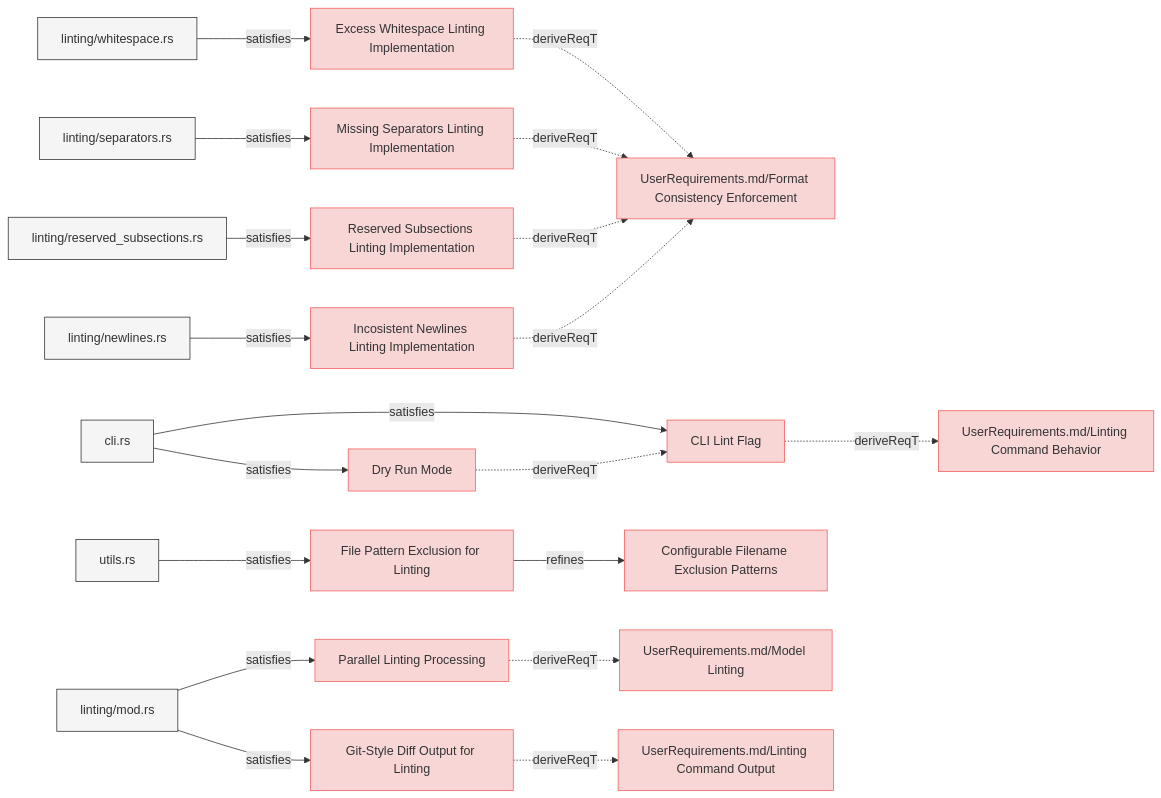
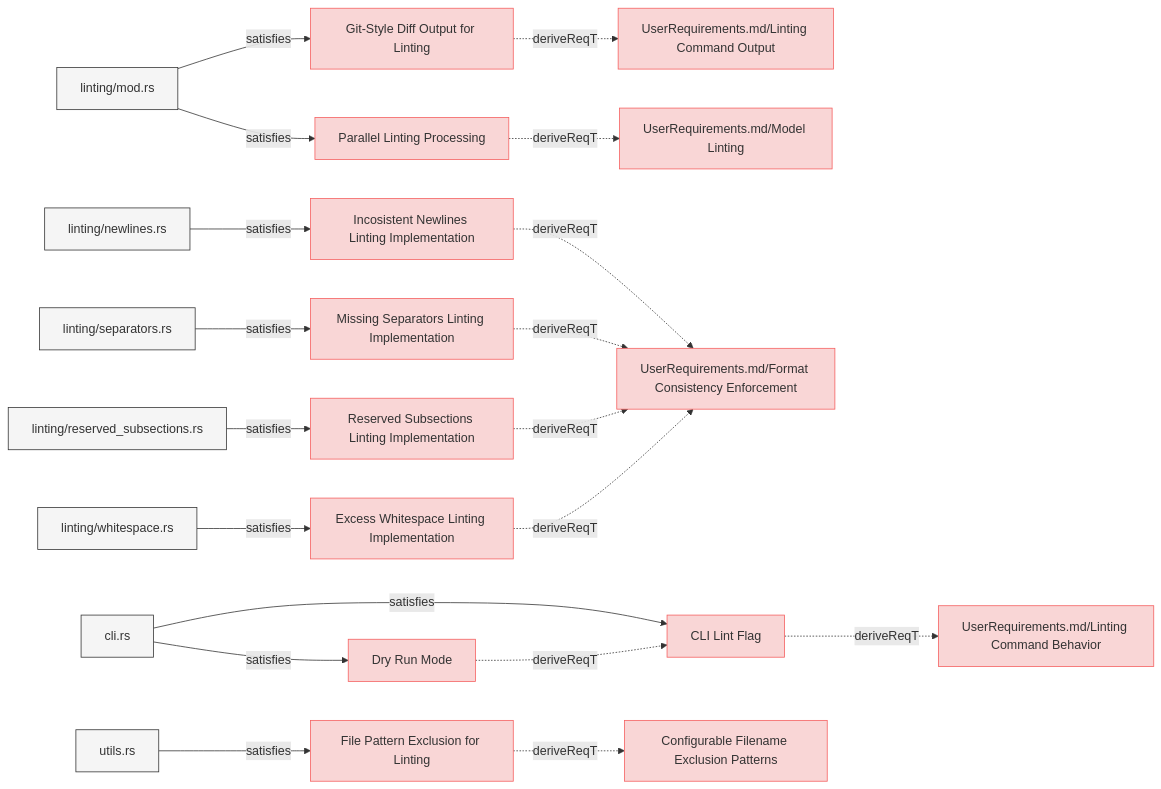
Before and after one commit to reqvire-org/reqvire: the first of 8 diagrams in specifications/SystemRequirements/Requirements.md, drawn with Mermaid. The commit also changed other lines of this file and 20 other files, not shown here.

````diff
--- a/specifications/SystemRequirements/Requirements.md
+++ b/specifications/SystemRequirements/Requirements.md
@@ -9,85 +9,85 @@
   classDef externalLink fill:#d0e0ff,stroke:#3080ff,stroke-width:1px;
   classDef default fill:#f5f5f5,stroke:#333333,stroke-width:1px;
 
-  ab8dfb01e717d34["Excess Whitespace Linting Implementation"];
-  click ab8dfb01e717d34 "https://github.com/Reqvire/reqvire/blob/30536324899084e88969175e3613c971ffa6e108/specifications/SystemRequirements/Requirements.md#excess-whitespace-linting-implementation";
-  class ab8dfb01e717d34 requirement;
+  7c2ad2603d27c318["Git-Style Diff Output for Linting"];
+  click 7c2ad2603d27c318 "https://github.com/Reqvire/reqvire/blob/667635d4628fed400323f7df3689af2dbc2ad666/specifications/SystemRequirements/Requirements.md#git-style-diff-output-for-linting";
+  class 7c2ad2603d27c318 requirement;
+  62c066a5aad4dafe["UserRequirements.md/Linting Command Output"];
+  class 62c066a5aad4dafe requirement;
+  click 62c066a5aad4dafe "https://github.com/Reqvire/reqvire/blob/667635d4628fed400323f7df3689af2dbc2ad666/specifications/UserRequirements.md#linting-command-output";
+  7c2ad2603d27c318 -.->|deriveReqT| 62c066a5aad4dafe;
+  3e39cdcf485c5250["linting/mod.rs"];
+  class 3e39cdcf485c5250 default;
+  click 3e39cdcf485c5250 "https://github.com/Reqvire/reqvire/blob/667635d4628fed400323f7df3689af2dbc2ad666/core/src/linting/mod.rs";
+  3e39cdcf485c5250 -->|satisfies| 7c2ad2603d27c318;
+  c87ad8ce58149089["Parallel Linting Processing"];
+  click c87ad8ce58149089 "https://github.com/Reqvire/reqvire/blob/667635d4628fed400323f7df3689af2dbc2ad666/specifications/SystemRequirements/Requirements.md#parallel-linting-processing";
+  class c87ad8ce58149089 requirement;
+  84c4dc11e82e8638["UserRequirements.md/Model Linting"];
+  class 84c4dc11e82e8638 requirement;
+  click 84c4dc11e82e8638 "https://github.com/Reqvire/reqvire/blob/667635d4628fed400323f7df3689af2dbc2ad666/specifications/UserRequirements.md#model-linting";
+  c87ad8ce58149089 -.->|deriveReqT| 84c4dc11e82e8638;
+  3e39cdcf485c5250 -->|satisfies| c87ad8ce58149089;
+  e42a0715e74ccd66["Incosistent Newlines Linting Implementation"];
+  click e42a0715e74ccd66 "https://github.com/Reqvire/reqvire/blob/667635d4628fed400323f7df3689af2dbc2ad666/specifications/SystemRequirements/Requirements.md#incosistent-newlines-linting-implementation";
+  class e42a0715e74ccd66 requirement;
   1ddbeea0cf8eaad5["UserRequirements.md/Format Consistency Enforcement"];
   class 1ddbeea0cf8eaad5 requirement;
-  click 1ddbeea0cf8eaad5 "https://github.com/Reqvire/reqvire/blob/30536324899084e88969175e3613c971ffa6e108/specifications/UserRequirements.md#format-consistency-enforcement";
-  ab8dfb01e717d34 -.->|deriveReqT| 1ddbeea0cf8eaad5;
-  fd5178bf78bae55c["linting/whitespace.rs"];
-  class fd5178bf78bae55c default;
-  click fd5178bf78bae55c "https://github.com/Reqvire/reqvire/blob/30536324899084e88969175e3613c971ffa6e108/core/src/linting/whitespace.rs";
-  fd5178bf78bae55c -->|satisfies| ab8dfb01e717d34;
+  click 1ddbeea0cf8eaad5 "https://github.com/Reqvire/reqvire/blob/667635d4628fed400323f7df3689af2dbc2ad666/specifications/UserRequirements.md#format-consistency-enforcement";
+  e42a0715e74ccd66 -.->|deriveReqT| 1ddbeea0cf8eaad5;
+  411d20097517505a["linting/newlines.rs"];
+  class 411d20097517505a default;
+  click 411d20097517505a "https://github.com/Reqvire/reqvire/blob/667635d4628fed400323f7df3689af2dbc2ad666/core/src/linting/newlines.rs";
+  411d20097517505a -->|satisfies| e42a0715e74ccd66;
+  3f235c1000d5347f["CLI Lint Flag"];
+  click 3f235c1000d5347f "https://github.com/Reqvire/reqvire/blob/667635d4628fed400323f7df3689af2dbc2ad666/specifications/SystemRequirements/Requirements.md#cli-lint-flag";
+  class 3f235c1000d5347f requirement;
+  28b0f9fa78937e61["UserRequirements.md/Linting Command Behavior"];
+  class 28b0f9fa78937e61 requirement;
+  click 28b0f9fa78937e61 "https://github.com/Reqvire/reqvire/blob/667635d4628fed400323f7df3689af2dbc2ad666/specifications/UserRequirements.md#linting-command";
+  3f235c1000d5347f -.->|deriveReqT| 28b0f9fa78937e61;
+  2f21d2133dbfd205["cli.rs"];
+  class 2f21d2133dbfd205 default;
+  click 2f21d2133dbfd205 "https://github.com/Reqvire/reqvire/blob/667635d4628fed400323f7df3689af2dbc2ad666/cli/src/cli.rs";
+  2f21d2133dbfd205 -->|satisfies| 3f235c1000d5347f;
+  48e8a0b4b18111c4["File Pattern Exclusion for Linting"];
+  click 48e8a0b4b18111c4 "https://github.com/Reqvire/reqvire/blob/667635d4628fed400323f7df3689af2dbc2ad666/specifications/SystemRequirements/Requirements.md#file-pattern-exclusion-for-linting";
+  class 48e8a0b4b18111c4 requirement;
+  4bf74699f40f4a76["Configurable Filename Exclusion Patterns"];
+  class 4bf74699f40f4a76 requirement;
+  click 4bf74699f40f4a76 "https://github.com/Reqvire/reqvire/blob/667635d4628fed400323f7df3689af2dbc2ad666/specifications/SystemRequirements/Requirements.md#configurable-filename-exclusion-patterns";
+  48e8a0b4b18111c4 -.->|deriveReqT| 4bf74699f40f4a76;
+  85989fd7bb727157["utils.rs"];
+  class 85989fd7bb727157 default;
+  click 85989fd7bb727157 "https://github.com/Reqvire/reqvire/blob/667635d4628fed400323f7df3689af2dbc2ad666/core/src/utils.rs";
+  85989fd7bb727157 -->|satisfies| 48e8a0b4b18111c4;
   f540b21f7eced636["Missing Separators Linting Implementation"];
-  click f540b21f7eced636 "https://github.com/Reqvire/reqvire/blob/30536324899084e88969175e3613c971ffa6e108/specifications/SystemRequirements/Requirements.md#missing-separators-linting-implementation";
+  click f540b21f7eced636 "https://github.com/Reqvire/reqvire/blob/667635d4628fed400323f7df3689af2dbc2ad666/specifications/SystemRequirements/Requirements.md#missing-separators-linting-implementation";
   class f540b21f7eced636 requirement;
   f540b21f7eced636 -.->|deriveReqT| 1ddbeea0cf8eaad5;
   45e2af09e602182a["linting/separators.rs"];
   class 45e2af09e602182a default;
-  click 45e2af09e602182a "https://github.com/Reqvire/reqvire/blob/30536324899084e88969175e3613c971ffa6e108/core/src/linting/separators.rs";
+  click 45e2af09e602182a "https://github.com/Reqvire/reqvire/blob/667635d4628fed400323f7df3689af2dbc2ad666/core/src/linting/separators.rs";
   45e2af09e602182a -->|satisfies| f540b21f7eced636;
   56174a2a92eb637["Reserved Subsections Linting Implementation"];
-  click 56174a2a92eb637 "https://github.com/Reqvire/reqvire/blob/30536324899084e88969175e3613c971ffa6e108/specifications/SystemRequirements/Requirements.md#reserved-subsections-linting-implementation";
+  click 56174a2a92eb637 "https://github.com/Reqvire/reqvire/blob/667635d4628fed400323f7df3689af2dbc2ad666/specifications/SystemRequirements/Requirements.md#reserved-subsections-linting-implementation";
   class 56174a2a92eb637 requirement;
   56174a2a92eb637 -.->|deriveReqT| 1ddbeea0cf8eaad5;
   8c7c2481d50c628c["linting/reserved_subsections.rs"];
   class 8c7c2481d50c628c default;
-  click 8c7c2481d50c628c "https://github.com/Reqvire/reqvire/blob/30536324899084e88969175e3613c971ffa6e108/core/src/linting/indentation.rs";
+  click 8c7c2481d50c628c "https://github.com/Reqvire/reqvire/blob/667635d4628fed400323f7df3689af2dbc2ad666/core/src/linting/indentation.rs";
   8c7c2481d50c628c -->|satisfies| 56174a2a92eb637;
-  3f235c1000d5347f["CLI Lint Flag"];
-  click 3f235c1000d5347f "https://github.com/Reqvire/reqvire/blob/30536324899084e88969175e3613c971ffa6e108/specifications/SystemRequirements/Requirements.md#cli-lint-flag";
-  class 3f235c1000d5347f requirement;
-  28b0f9fa78937e61["UserRequirements.md/Linting Command Behavior"];
-  class 28b0f9fa78937e61 requirement;
-  click 28b0f9fa78937e61 "https://github.com/Reqvire/reqvire/blob/30536324899084e88969175e3613c971ffa6e108/specifications/UserRequirements.md#linting-command";
-  3f235c1000d5347f -.->|deriveReqT| 28b0f9fa78937e61;
-  2f21d2133dbfd205["cli.rs"];
-  class 2f21d2133dbfd205 default;
-  click 2f21d2133dbfd205 "https://github.com/Reqvire/reqvire/blob/30536324899084e88969175e3613c971ffa6e108/cli/src/cli.rs";
-  2f21d2133dbfd205 -->|satisfies| 3f235c1000d5347f;
-  48e8a0b4b18111c4["File Pattern Exclusion for Linting"];
-  click 48e8a0b4b18111c4 "https://github.com/Reqvire/reqvire/blob/30536324899084e88969175e3613c971ffa6e108/specifications/SystemRequirements/Requirements.md#file-pattern-exclusion-for-linting";
-  class 48e8a0b4b18111c4 requirement;
-  4bf74699f40f4a76["Configurable Filename Exclusion Patterns"];
-  class 4bf74699f40f4a76 requirement;
-  click 4bf74699f40f4a76 "https://github.com/Reqvire/reqvire/blob/30536324899084e88969175e3613c971ffa6e108/specifications/SystemRequirements/Requirements.md#configurable-filename-exclusion-patterns";
-  48e8a0b4b18111c4 -->|refines| 4bf74699f40f4a76;
-  85989fd7bb727157["utils.rs"];
-  class 85989fd7bb727157 default;
-  click 85989fd7bb727157 "https://github.com/Reqvire/reqvire/blob/30536324899084e88969175e3613c971ffa6e108/core/src/utils.rs";
-  85989fd7bb727157 -->|satisfies| 48e8a0b4b18111c4;
-  e42a0715e74ccd66["Incosistent Newlines Linting Implementation"];
-  click e42a0715e74ccd66 "https://github.com/Reqvire/reqvire/blob/30536324899084e88969175e3613c971ffa6e108/specifications/SystemRequirements/Requirements.md#incosistent-newlines-linting-implementation";
-  class e42a0715e74ccd66 requirement;
-  e42a0715e74ccd66 -.->|deriveReqT| 1ddbeea0cf8eaad5;
-  411d20097517505a["linting/newlines.rs"];
-  class 411d20097517505a default;
-  click 411d20097517505a "https://github.com/Reqvire/reqvire/blob/30536324899084e88969175e3613c971ffa6e108/core/src/linting/newlines.rs";
-  411d20097517505a -->|satisfies| e42a0715e74ccd66;
   d21b16b30de7350d["Dry Run Mode"];
-  click d21b16b30de7350d "https://github.com/Reqvire/reqvire/blob/30536324899084e88969175e3613c971ffa6e108/specifications/SystemRequirements/Requirements.md#dry-run-mode";
+  click d21b16b30de7350d "https://github.com/Reqvire/reqvire/blob/667635d4628fed400323f7df3689af2dbc2ad666/specifications/SystemRequirements/Requirements.md#dry-run-mode";
   class d21b16b30de7350d requirement;
   d21b16b30de7350d -.->|deriveReqT| 3f235c1000d5347f;
   2f21d2133dbfd205 -->|satisfies| d21b16b30de7350d;
-  c87ad8ce58149089["Parallel Linting Processing"];
-  click c87ad8ce58149089 "https://github.com/Reqvire/reqvire/blob/30536324899084e88969175e3613c971ffa6e108/specifications/SystemRequirements/Requirements.md#parallel-linting-processing";
-  class c87ad8ce58149089 requirement;
-  84c4dc11e82e8638["UserRequirements.md/Model Linting"];
-  class 84c4dc11e82e8638 requirement;
-  click 84c4dc11e82e8638 "https://github.com/Reqvire/reqvire/blob/30536324899084e88969175e3613c971ffa6e108/specifications/UserRequirements.md#model-linting";
-  c87ad8ce58149089 -.->|deriveReqT| 84c4dc11e82e8638;
-  3e39cdcf485c5250["linting/mod.rs"];
-  class 3e39cdcf485c5250 default;
-  click 3e39cdcf485c5250 "https://github.com/Reqvire/reqvire/blob/30536324899084e88969175e3613c971ffa6e108/core/src/linting/mod.rs";
-  3e39cdcf485c5250 -->|satisfies| c87ad8ce58149089;
-  7c2ad2603d27c318["Git-Style Diff Output for Linting"];
-  click 7c2ad2603d27c318 "https://github.com/Reqvire/reqvire/blob/30536324899084e88969175e3613c971ffa6e108/specifications/SystemRequirements/Requirements.md#git-style-diff-output-for-linting";
-  class 7c2ad2603d27c318 requirement;
-  62c066a5aad4dafe["UserRequirements.md/Linting Command Output"];
-  class 62c066a5aad4dafe requirement;
-  click 62c066a5aad4dafe "https://github.com/Reqvire/reqvire/blob/30536324899084e88969175e3613c971ffa6e108/specifications/UserRequirements.md#linting-command-output";
-  7c2ad2603d27c318 -.->|deriveReqT| 62c066a5aad4dafe;
-  3e39cdcf485c5250 -->|satisfies| 7c2ad2603d27c318;
+  ab8dfb01e717d34["Excess Whitespace Linting Implementation"];
+  click ab8dfb01e717d34 "https://github.com/Reqvire/reqvire/blob/667635d4628fed400323f7df3689af2dbc2ad666/specifications/SystemRequirements/Requirements.md#excess-whitespace-linting-implementation";
+  class ab8dfb01e717d34 requirement;
+  ab8dfb01e717d34 -.->|deriveReqT| 1ddbeea0cf8eaad5;
+  fd5178bf78bae55c["linting/whitespace.rs"];
+  class fd5178bf78bae55c default;
+  click fd5178bf78bae55c "https://github.com/Reqvire/reqvire/blob/667635d4628fed400323f7df3689af2dbc2ad666/core/src/linting/whitespace.rs";
+  fd5178bf78bae55c -->|satisfies| ab8dfb01e717d34;
 ```
````
